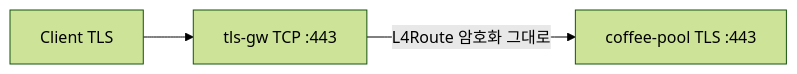
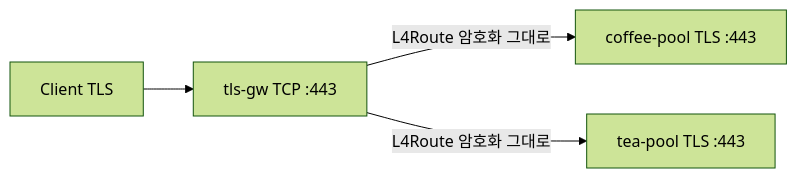
One commit to mink0119/2609_f5bnk changed the diagram in Advanced_Feature/3.4_TLSRoute_Passthrough/README.md. Above: the diagram before and after it, drawn with Mermaid (forest theme). The commit also changed other lines of this file and 12 other files, not shown here.

````diff
--- a/Advanced_Feature/3.4_TLSRoute_Passthrough/README.md
+++ b/Advanced_Feature/3.4_TLSRoute_Passthrough/README.md
@@ -9,5 +10,6 @@
 ```mermaid
 flowchart LR
   C[Client TLS] --> GW["tls-gw TCP :443"]
   GW -->|L4Route 암호화 그대로| P1["coffee-pool TLS :443"]
+  GW -->|L4Route 암호화 그대로| P2["tea-pool TLS :443"]
 ```
````
